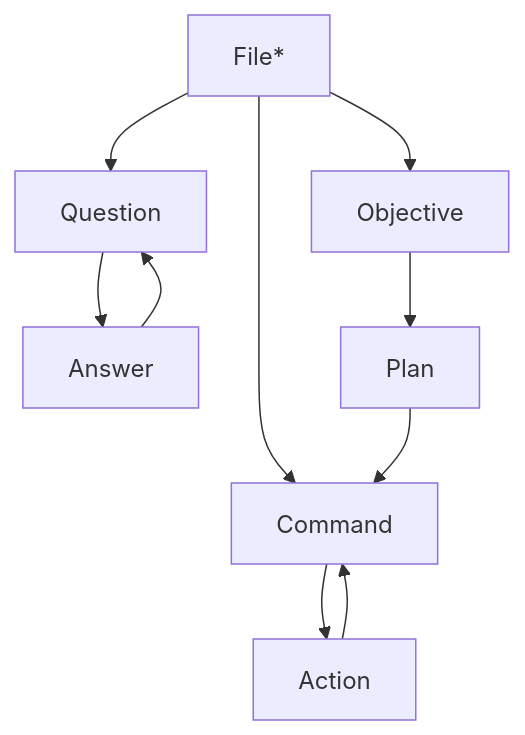
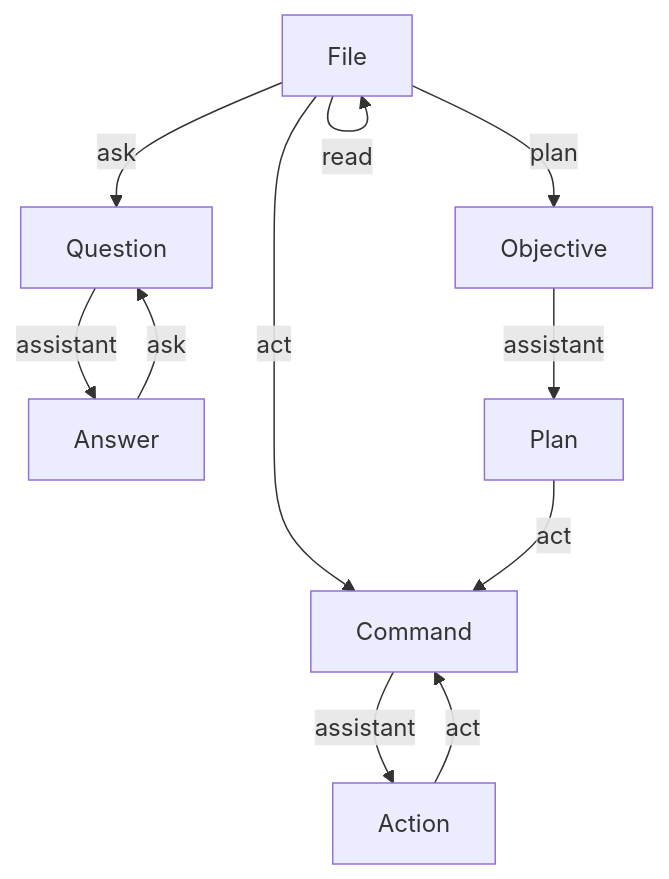
One commit to agabor/minicmd changed the diagram in README.md. Above: the diagram before and after it, drawn with Mermaid. The commit also changed other lines of this file, not shown here.

Commit message:
update diagram

````diff
--- a/README.md
+++ b/README.md
@@ -164,12 +164,13 @@
 ```mermaid
 graph TD
-    File* --> Question
-    File* --> Command
-    File* --> Objective
-    Question --> Answer
-    Answer --> Question
-    Command --> Action
-    Action --> Command
-    Objective --> Plan
-    Plan --> Command
+    File -->|read| File
+    File -->|ask| Question
+    File -->|act| Command
+    File -->|plan| Objective
+    Question -->|assistant| Answer
+    Answer -->|ask| Question
+    Command -->|assistant| Action
+    Action -->|act| Command
+    Objective -->|assistant| Plan
+    Plan -->|act| Command
 ```
````
